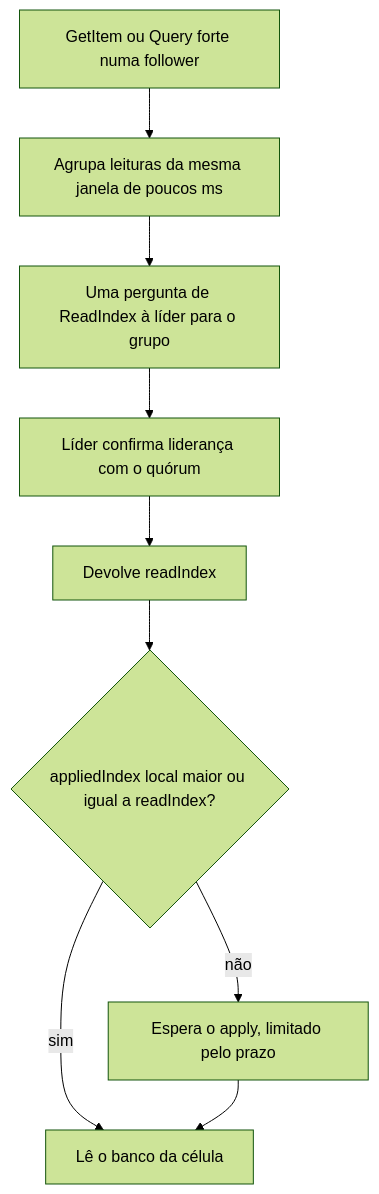
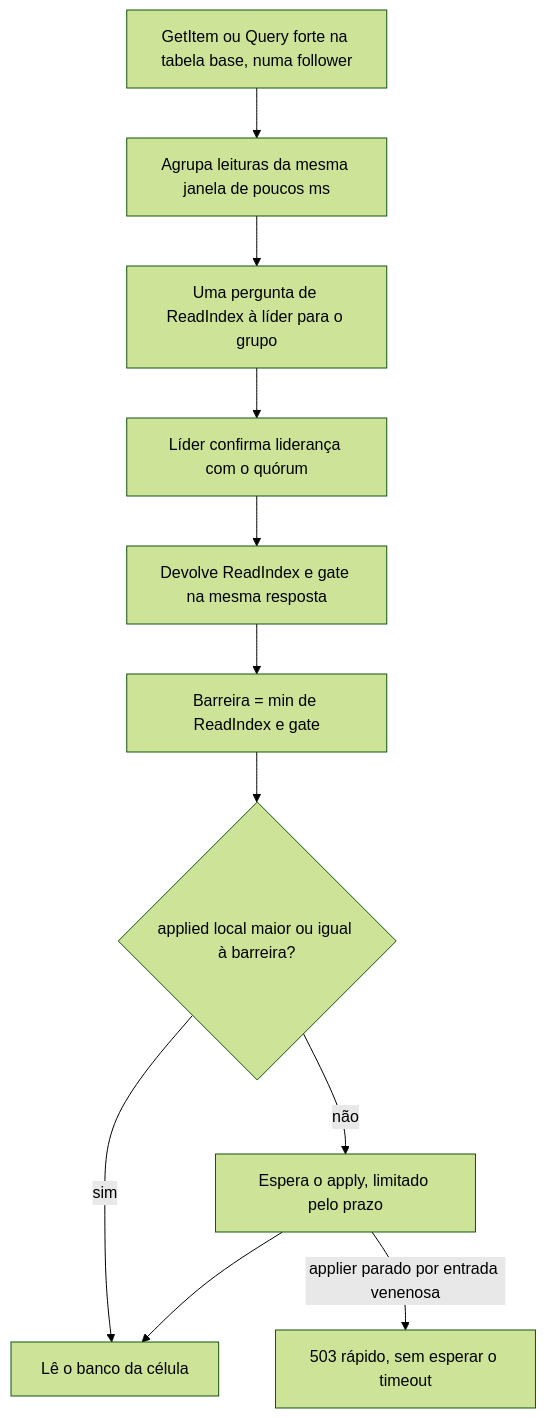
The diagram in 02_cenarios/a_rever/R16-leitura-forte-em-celulas-follower.md (brbarmex/k), drawn with Mermaid (forest theme) before and after one commit. The commit also changed other lines of this file and 139 other files, not shown here.

````diff
--- a/02_cenarios/a_rever/R16-leitura-forte-em-celulas-follower.md
+++ b/02_cenarios/a_rever/R16-leitura-forte-em-celulas-follower.md
@@ -11,11 +13,13 @@
 ```mermaid
 flowchart TD
-    A["GetItem ou Query forte numa follower"] --> B["Agrupa leituras da mesma janela de poucos ms"]
+    A["GetItem ou Query forte na tabela base, numa follower"] --> B["Agrupa leituras da mesma janela de poucos ms"]
     B --> C["Uma pergunta de ReadIndex à líder para o grupo"]
     C --> D["Líder confirma liderança com o quórum"]
-    D --> E["Devolve readIndex"]
-    E --> F{"appliedIndex local maior ou igual a readIndex?"}
-    F -->|"não"| G["Espera o apply, limitado pelo prazo"]
-    F -->|"sim"| H["Lê o banco da célula"]
-    G --> H
+    D --> E["Devolve ReadIndex e gate na mesma resposta"]
+    E --> F["Barreira = min de ReadIndex e gate"]
+    F --> G{"applied local maior ou igual à barreira?"}
+    G -->|"não"| H["Espera o apply, limitado pelo prazo"]
+    G -->|"sim"| I["Lê o banco da célula"]
+    H --> I
+    H -->|"applier parado por entrada venenosa"| J["503 rápido, sem esperar o timeout"]
 ```
````
